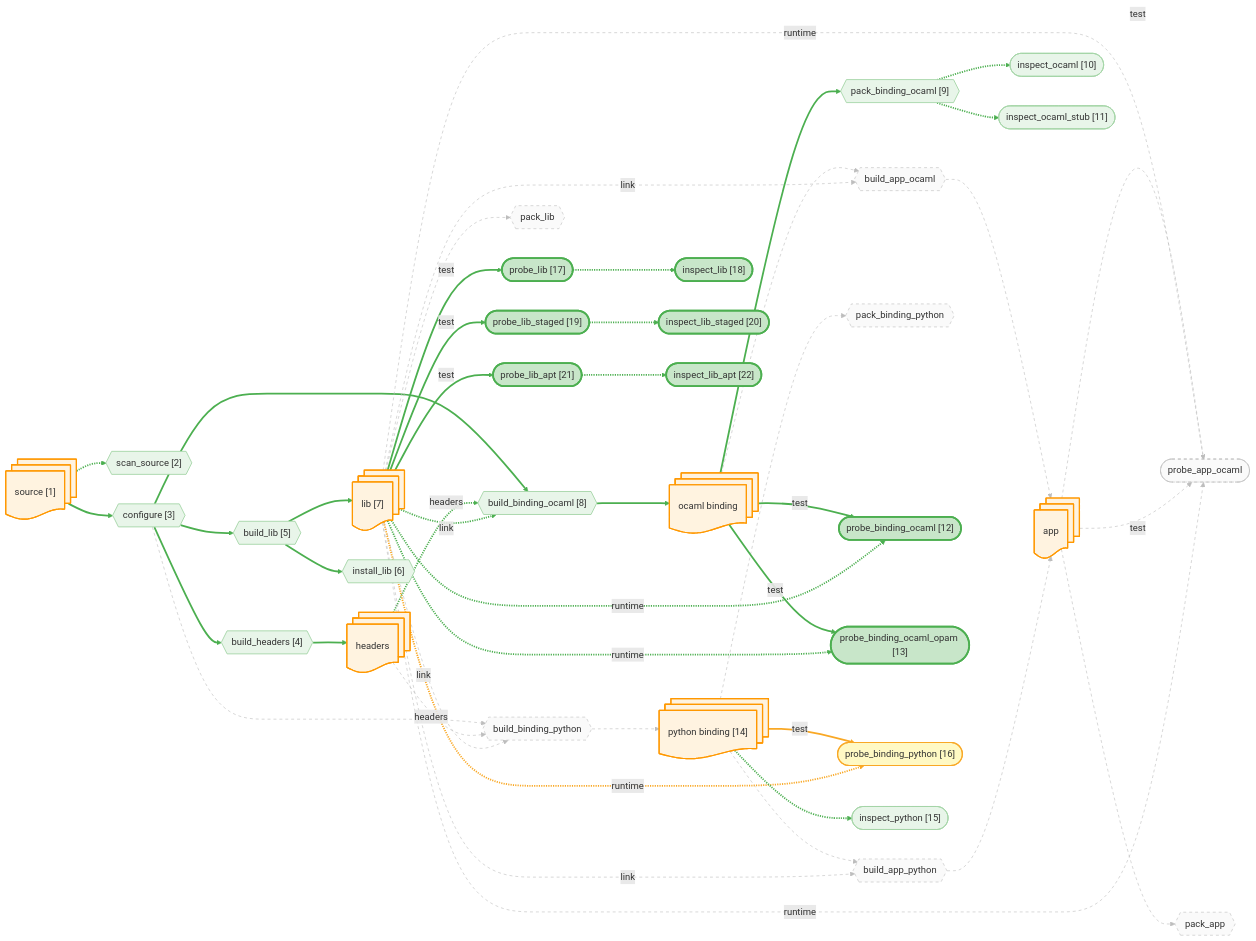
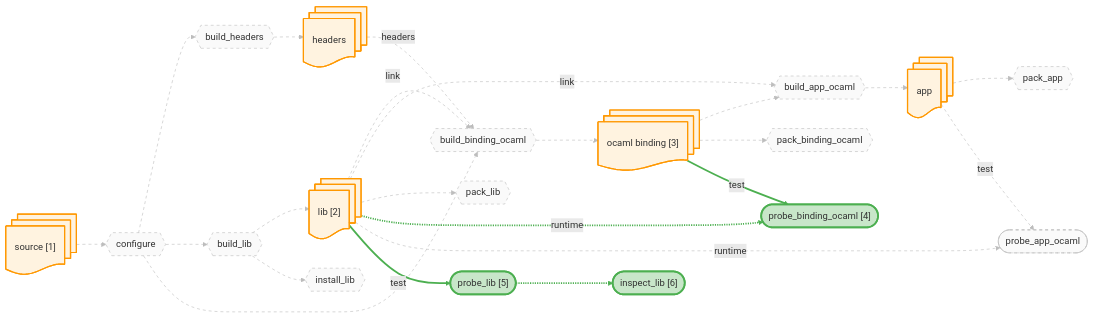
The diagram in docs/canary/projects/z3/-run/diagrams/probes.mmd (JHU-PL-Lab/tola), drawn with Mermaid before and after one commit. The commit also changed 941 other files, not shown here.

```diff
--- a/docs/canary/projects/z3/-run/diagrams/probes.mmd
+++ b/docs/canary/projects/z3/-run/diagrams/probes.mmd
@@ -1,162 +1,89 @@
 %% view: probes
 graph LR
     source_node@{ shape: docs, label: "source [1]" }
     headers_node@{ shape: docs, label: "headers" }
-    lib_node@{ shape: docs, label: "lib [7]" }
+    lib_node@{ shape: docs, label: "lib [2]" }
     app_node@{ shape: docs, label: "app" }
-    ocaml_binding_node@{ shape: docs, label: "ocaml binding" }
-    python_binding_node@{ shape: docs, label: "python binding [14]" }
+    ocaml_binding_node@{ shape: docs, label: "ocaml binding [3]" }
 
-    A_scan_source{{"scan_source [2]"}}
-    A_configure{{"configure [3]"}}
-    A_build_headers{{"build_headers [4]"}}
-    A_build_lib{{"build_lib [5]"}}
-    A_build_binding_ocaml{{"build_binding_ocaml [8]"}}
+    A_configure{{"configure"}}
+    A_build_headers{{"build_headers"}}
+    A_build_lib{{"build_lib"}}
+    A_build_binding_ocaml{{"build_binding_ocaml"}}
     A_build_app_ocaml{{"build_app_ocaml"}}
-    A_build_binding_python{{"build_binding_python"}}
-    A_build_app_python{{"build_app_python"}}
-    A_install_lib{{"install_lib [6]"}}
-    A_pack_binding_ocaml{{"pack_binding_ocaml [9]"}}
-    A_pack_binding_python{{"pack_binding_python"}}
+    A_install_lib{{"install_lib"}}
+    A_pack_binding_ocaml{{"pack_binding_ocaml"}}
     A_pack_lib{{"pack_lib"}}
     A_pack_app{{"pack_app"}}
-    A_probe_binding_ocaml(["probe_binding_ocaml [12]"])
-    A_probe_binding_ocaml_opam(["probe_binding_ocaml_opam [13]"])
+    A_probe_binding_ocaml(["probe_binding_ocaml [4]"])
     A_probe_app_ocaml(["probe_app_ocaml"])
-    A_probe_binding_python(["probe_binding_python [16]"])
-    A_probe_app_ocaml(["probe_app_ocaml"])
-    A_probe_lib(["probe_lib [17]"])
-    A_probe_lib_staged(["probe_lib_staged [19]"])
-    A_probe_lib_apt(["probe_lib_apt [21]"])
-    A_probe_lib_inspect(["inspect_lib [18]"])
-    A_probe_lib_staged_inspect(["inspect_lib_staged [20]"])
-    A_probe_lib_apt_inspect(["inspect_lib_apt [22]"])
-    A_fetch_binding_python_inspect(["inspect_python [15]"])
-    A_pack_binding_ocaml_inspect(["inspect_ocaml [10]"])
-    A_pack_binding_ocaml_stub_inspect(["inspect_ocaml_stub [11]"])
+    A_probe_lib(["probe_lib [5]"])
+    A_probe_lib_inspect(["inspect_lib [6]"])
 
-    source_node -.-> A_scan_source
     source_node --> A_configure
     A_configure --> A_build_headers
     A_build_headers --> headers_node
     A_configure --> A_build_lib
     A_build_lib --> lib_node
     A_configure --> A_build_binding_ocaml
     headers_node -.->|headers| A_build_binding_ocaml
     lib_node -.->|link| A_build_binding_ocaml
     A_build_binding_ocaml --> ocaml_binding_node
     ocaml_binding_node --> A_build_app_ocaml
     lib_node -.->|link| A_build_app_ocaml
     A_build_app_ocaml --> app_node
-    A_configure --> A_build_binding_python
-    headers_node -.->|headers| A_build_binding_python
-    lib_node -.->|link| A_build_binding_python
-    A_build_binding_python --> python_binding_node
-    python_binding_node --> A_build_app_python
-    lib_node -.->|link| A_build_app_python
-    A_build_app_python --> app_node
     A_build_lib --> A_install_lib
     ocaml_binding_node --> A_pack_binding_ocaml
-    python_binding_node --> A_pack_binding_python
     lib_node --> A_pack_lib
     app_node --> A_pack_app
     ocaml_binding_node -->|test| A_probe_binding_ocaml
     lib_node -.->|runtime| A_probe_binding_ocaml
-    ocaml_binding_node -->|test| A_probe_binding_ocaml_opam
-    lib_node -.->|runtime| A_probe_binding_ocaml_opam
-    app_node -->|test| A_probe_app_ocaml
-    lib_node -.->|runtime| A_probe_app_ocaml
-    python_binding_node -->|test| A_probe_binding_python
-    lib_node -.->|runtime| A_probe_binding_python
     app_node -->|test| A_probe_app_ocaml
     lib_node -.->|runtime| A_probe_app_ocaml
     lib_node -->|test| A_probe_lib
-    lib_node -->|test| A_probe_lib_staged
-    lib_node -->|test| A_probe_lib_apt
     A_probe_lib -.-> A_probe_lib_inspect
-    A_probe_lib_staged -.-> A_probe_lib_staged_inspect
-    A_probe_lib_apt -.-> A_probe_lib_apt_inspect
-    python_binding_node -.-> A_fetch_binding_python_inspect
-    A_pack_binding_ocaml -.-> A_pack_binding_ocaml_inspect
-    A_pack_binding_ocaml -.-> A_pack_binding_ocaml_stub_inspect
 
     classDef artifact fill:#fff3e0,stroke:#ff9800,stroke-width:2px
     classDef action fill:#f3e5f5,stroke:#9c27b0,stroke-width:2px
     classDef st_done fill:#c8e6c9,stroke:#4caf50,stroke-width:3px
     classDef st_done_ctx fill:#e8f5e9,stroke:#a5d6a7,stroke-width:1.5px
     classDef st_expected_fail fill:#fff9c4,stroke:#f9a825,stroke-width:2px
     classDef st_failed fill:#ffcdd2,stroke:#c62828,stroke-width:2px
     classDef st_skipped fill:#f5f5f5,stroke:#9e9e9e,stroke-dasharray:5
     classDef st_nospec fill:#fafafa,stroke:#bdbdbd,stroke-dasharray:5
-    class source_node,headers_node,lib_node,app_node,ocaml_binding_node,python_binding_node artifact
-    class A_scan_source st_done_ctx
-    class A_configure st_done_ctx
-    class A_build_headers st_done_ctx
-    class A_build_lib st_done_ctx
-    class A_build_binding_ocaml st_done_ctx
+    class source_node,headers_node,lib_node,app_node,ocaml_binding_node artifact
+    class A_configure st_nospec
+    class A_build_headers st_nospec
+    class A_build_lib st_nospec
+    class A_build_binding_ocaml st_nospec
     class A_build_app_ocaml st_nospec
-    class A_build_binding_python st_nospec
-    class A_build_app_python st_nospec
-    class A_install_lib st_done_ctx
-    class A_pack_binding_ocaml st_done_ctx
-    class A_pack_binding_python st_nospec
+    class A_install_lib st_nospec
+    class A_pack_binding_ocaml st_nospec
     class A_pack_lib st_nospec
     class A_pack_app st_nospec
     class A_probe_binding_ocaml st_done
-    class A_probe_binding_ocaml_opam st_done
-    class A_probe_app_ocaml st_nospec
-    class A_probe_binding_python st_expected_fail
     class A_probe_app_ocaml st_nospec
     class A_probe_lib st_done
-    class A_probe_lib_staged st_done
-    class A_probe_lib_apt st_done
     class A_probe_lib_inspect st_done
-    class A_probe_lib_staged_inspect st_done
-    class A_probe_lib_apt_inspect st_done
-    class A_fetch_binding_python_inspect st_done_ctx
-    class A_pack_binding_ocaml_inspect st_done_ctx
-    class A_pack_binding_ocaml_stub_inspect st_done_ctx
-    linkStyle 0 stroke:#4caf50,stroke-width:3px
-    linkStyle 1 stroke:#4caf50,stroke-width:3px
-    linkStyle 2 stroke:#4caf50,stroke-width:3px
-    linkStyle 3 stroke:#4caf50,stroke-width:3px
-    linkStyle 4 stroke:#4caf50,stroke-width:3px
-    linkStyle 5 stroke:#4caf50,stroke-width:3px
-    linkStyle 6 stroke:#4caf50,stroke-width:3px
-    linkStyle 7 stroke:#4caf50,stroke-width:3px
-    linkStyle 8 stroke:#4caf50,stroke-width:3px
-    linkStyle 9 stroke:#4caf50,stroke-width:3px
+    linkStyle 0 stroke:#bdbdbd,stroke-width:1px,stroke-dasharray:5
+    linkStyle 1 stroke:#bdbdbd,stroke-width:1px,stroke-dasharray:5
+    linkStyle 2 stroke:#bdbdbd,stroke-width:1px,stroke-dasharray:5
+    linkStyle 3 stroke:#bdbdbd,stroke-width:1px,stroke-dasharray:5
+    linkStyle 4 stroke:#bdbdbd,stroke-width:1px,stroke-dasharray:5
+    linkStyle 5 stroke:#bdbdbd,stroke-width:1px,stroke-dasharray:5
+    linkStyle 6 stroke:#bdbdbd,stroke-width:1px,stroke-dasharray:5
+    linkStyle 7 stroke:#bdbdbd,stroke-width:1px,stroke-dasharray:5
+    linkStyle 8 stroke:#bdbdbd,stroke-width:1px,stroke-dasharray:5
+    linkStyle 9 stroke:#bdbdbd,stroke-width:1px,stroke-dasharray:5
     linkStyle 10 stroke:#bdbdbd,stroke-width:1px,stroke-dasharray:5
     linkStyle 11 stroke:#bdbdbd,stroke-width:1px,stroke-dasharray:5
     linkStyle 12 stroke:#bdbdbd,stroke-width:1px,stroke-dasharray:5
     linkStyle 13 stroke:#bdbdbd,stroke-width:1px,stroke-dasharray:5
     linkStyle 14 stroke:#bdbdbd,stroke-width:1px,stroke-dasharray:5
     linkStyle 15 stroke:#bdbdbd,stroke-width:1px,stroke-dasharray:5
-    linkStyle 16 stroke:#bdbdbd,stroke-width:1px,stroke-dasharray:5
-    linkStyle 17 stroke:#bdbdbd,stroke-width:1px,stroke-dasharray:5
+    linkStyle 16 stroke:#4caf50,stroke-width:3px
+    linkStyle 17 stroke:#4caf50,stroke-width:3px
     linkStyle 18 stroke:#bdbdbd,stroke-width:1px,stroke-dasharray:5
     linkStyle 19 stroke:#bdbdbd,stroke-width:1px,stroke-dasharray:5
     linkStyle 20 stroke:#4caf50,stroke-width:3px
     linkStyle 21 stroke:#4caf50,stroke-width:3px
-    linkStyle 22 stroke:#bdbdbd,stroke-width:1px,stroke-dasharray:5
-    linkStyle 23 stroke:#bdbdbd,stroke-width:1px,stroke-dasharray:5
-    linkStyle 24 stroke:#bdbdbd,stroke-width:1px,stroke-dasharray:5
-    linkStyle 25 stroke:#4caf50,stroke-width:3px
-    linkStyle 26 stroke:#4caf50,stroke-width:3px
-    linkStyle 27 stroke:#4caf50,stroke-width:3px
-    linkStyle 28 stroke:#4caf50,stroke-width:3px
-    linkStyle 29 stroke:#bdbdbd,stroke-width:1px,stroke-dasharray:5
-    linkStyle 30 stroke:#bdbdbd,stroke-width:1px,stroke-dasharray:5
-    linkStyle 31 stroke:#f9a825,stroke-width:3px
-    linkStyle 32 stroke:#f9a825,stroke-width:3px
-    linkStyle 33 stroke:#bdbdbd,stroke-width:1px,stroke-dasharray:5
-    linkStyle 34 stroke:#bdbdbd,stroke-width:1px,stroke-dasharray:5
-    linkStyle 35 stroke:#4caf50,stroke-width:3px
-    linkStyle 36 stroke:#4caf50,stroke-width:3px
-    linkStyle 37 stroke:#4caf50,stroke-width:3px
-    linkStyle 38 stroke:#4caf50,stroke-width:3px
-    linkStyle 39 stroke:#4caf50,stroke-width:3px
-    linkStyle 40 stroke:#4caf50,stroke-width:3px
-    linkStyle 41 stroke:#4caf50,stroke-width:3px
-    linkStyle 42 stroke:#4caf50,stroke-width:3px
-    linkStyle 43 stroke:#4caf50,stroke-width:3px
```
